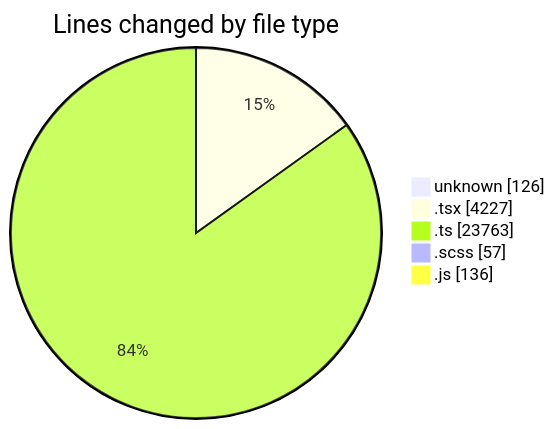
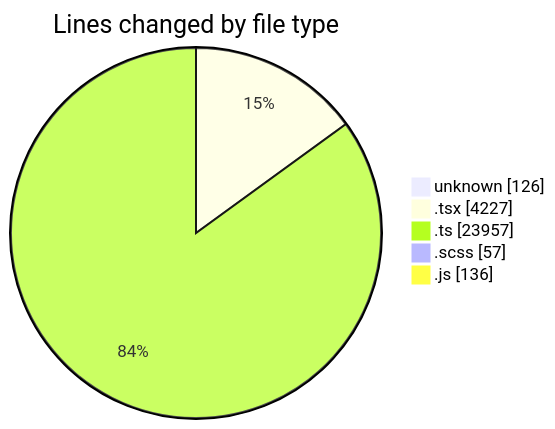
One commit to momahboobian/code-tracking changed the first of 2 diagrams in 2026-09-23/cda/README.md. Above: the diagram before and after it, drawn with Mermaid. The commit also changed other lines of this file and 1 other file, not shown here.

````diff
--- a/2026-09-23/cda/README.md
+++ b/2026-09-23/cda/README.md
@@ -48,9 +52,9 @@
 ```mermaid
 pie showData
 title Lines changed by file type
 "unknown" : 126
 ".tsx" : 4227
-".ts" : 23763
+".ts" : 23957
 ".scss" : 57
 ".js" : 136
 ```
````
